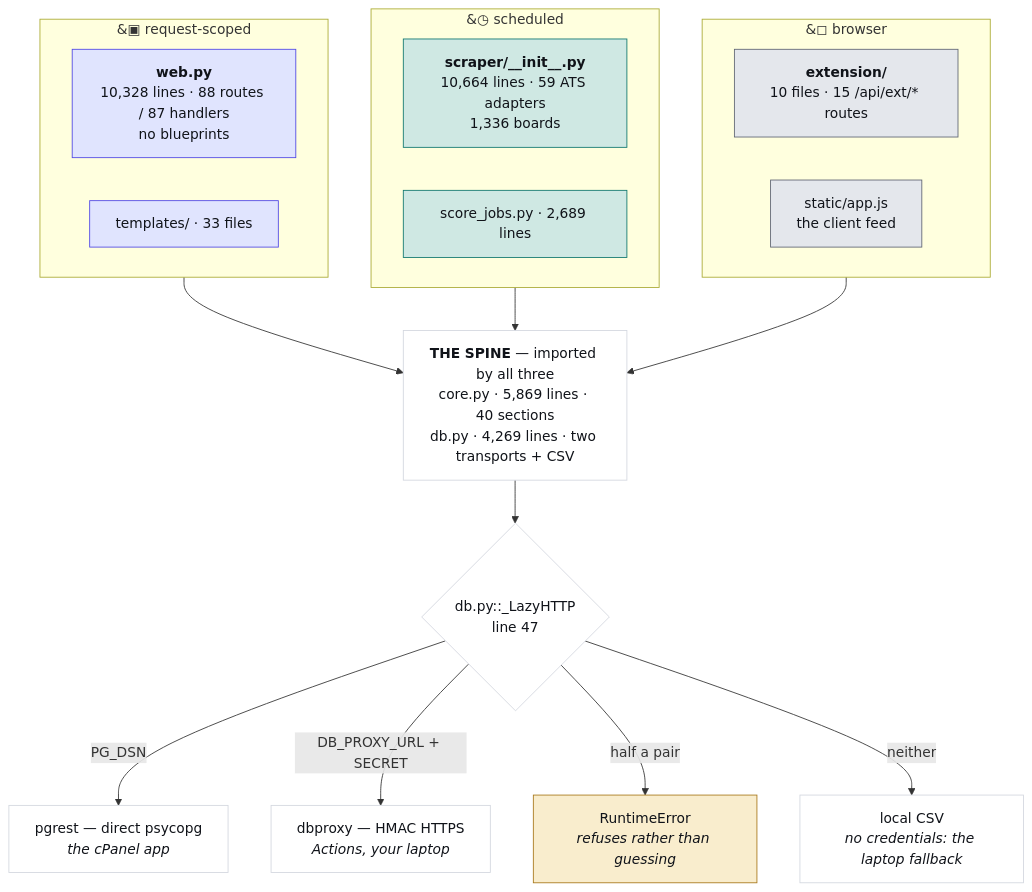
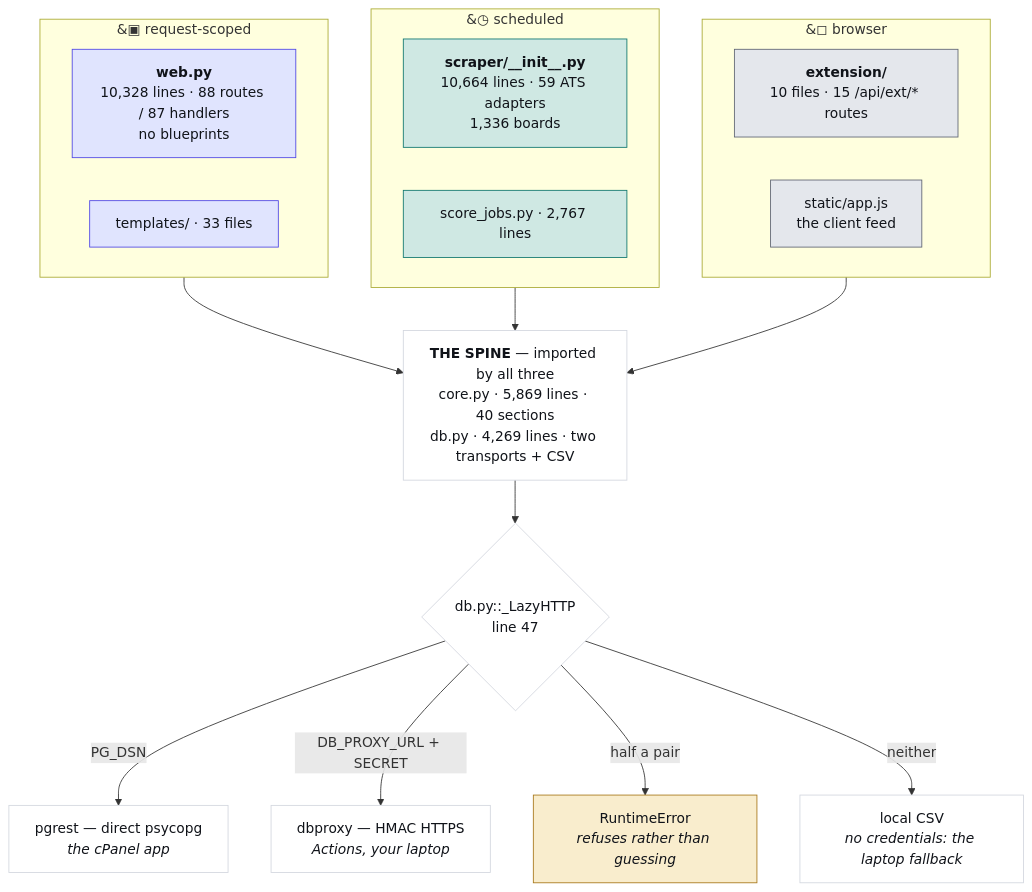
The first of 4 diagrams in JobMatch Scraper/docs/ARCHITECTURE.md (hadakunal909-debug/job-search-tool), drawn with Mermaid before and after one commit. The commit also changed 6 other files, not shown here.

````diff
--- a/JobMatch Scraper/docs/ARCHITECTURE.md
+++ b/JobMatch Scraper/docs/ARCHITECTURE.md
@@ -48,34 +48,34 @@
 ```mermaid
 flowchart TB
   subgraph REQ["&#9635; request-scoped"]
     W["<b>web.py</b><br/>10,328 lines · 88 routes / 87 handlers<br/>no blueprints"]
     T["templates/ · 33 files"]
   end
   subgraph SCH["&#9719; scheduled"]
     S["<b>scraper/__init__.py</b><br/>10,664 lines · 59 ATS adapters<br/>1,336 boards"]
-    J["score_jobs.py · 2,689 lines"]
+    J["score_jobs.py · 2,767 lines"]
   end
   subgraph CLI["&#9723; browser"]
     E["<b>extension/</b><br/>10 files · 15 /api/ext/* routes"]
     A["static/app.js<br/>the client feed"]
   end
   SPINE["<b>THE SPINE</b> — imported by all three<br/>core.py · 5,869 lines · 40 sections<br/>db.py · 4,269 lines · two transports + CSV"]
   REQ --> SPINE
   SCH --> SPINE
   CLI --> SPINE
   SPINE --> D{"db.py::_LazyHTTP<br/>line 47"}
   D -->|"PG_DSN"| P["pgrest — direct psycopg<br/><i>the cPanel app</i>"]
   D -->|"DB_PROXY_URL + SECRET"| X["dbproxy — HMAC HTTPS<br/><i>Actions, your laptop</i>"]
   D -->|"half a pair"| R["RuntimeError<br/><i>refuses rather than guessing</i>"]
   D -->|"neither"| V["local CSV<br/><i>no credentials: the laptop fallback</i>"]
   classDef web fill:#e0e4fe,stroke:#4f46e5,color:#101319
   classDef sched fill:#cfe8e3,stroke:#0f766e,color:#101319
   classDef client fill:#e4e7ec,stroke:#5f6573,color:#101319
   classDef trap fill:#f9edcd,stroke:#a8781a,color:#101319
   classDef plain fill:#ffffff,stroke:#d3d7df,color:#101319
   class W,T web
   class S,J sched
   class E,A client
   class R trap
   class SPINE,D,P,X,V plain
 ```
````
